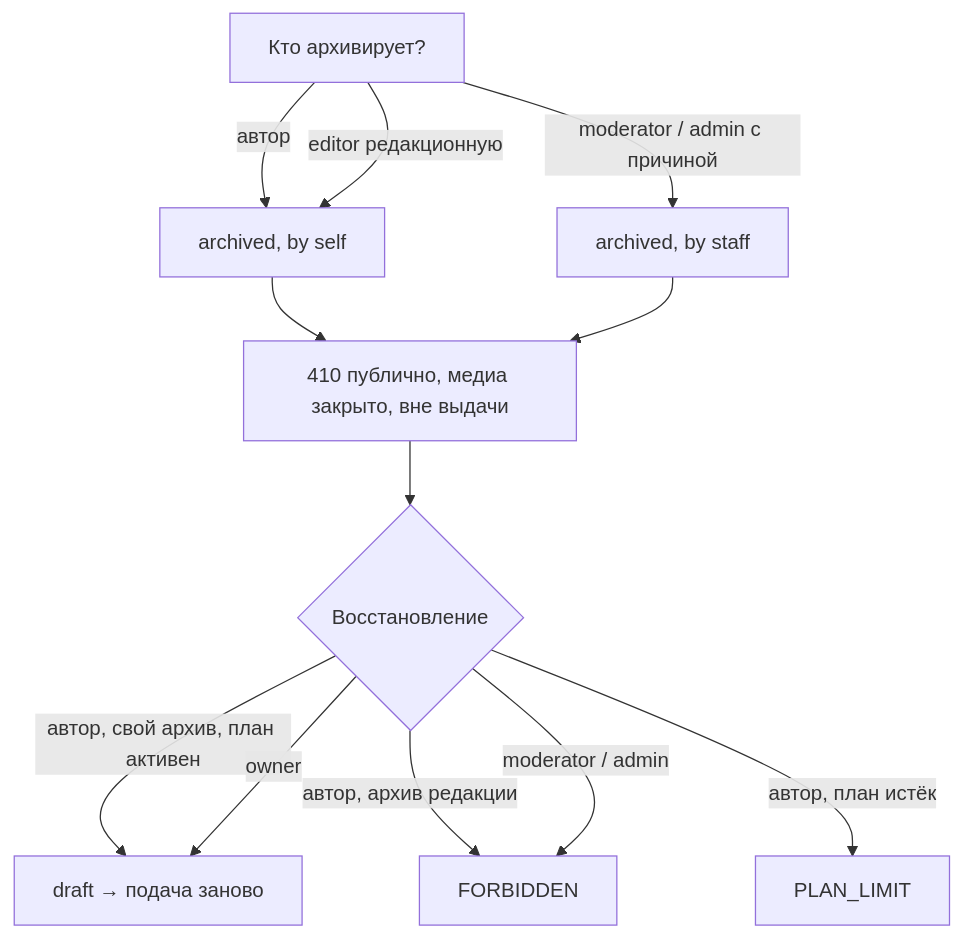
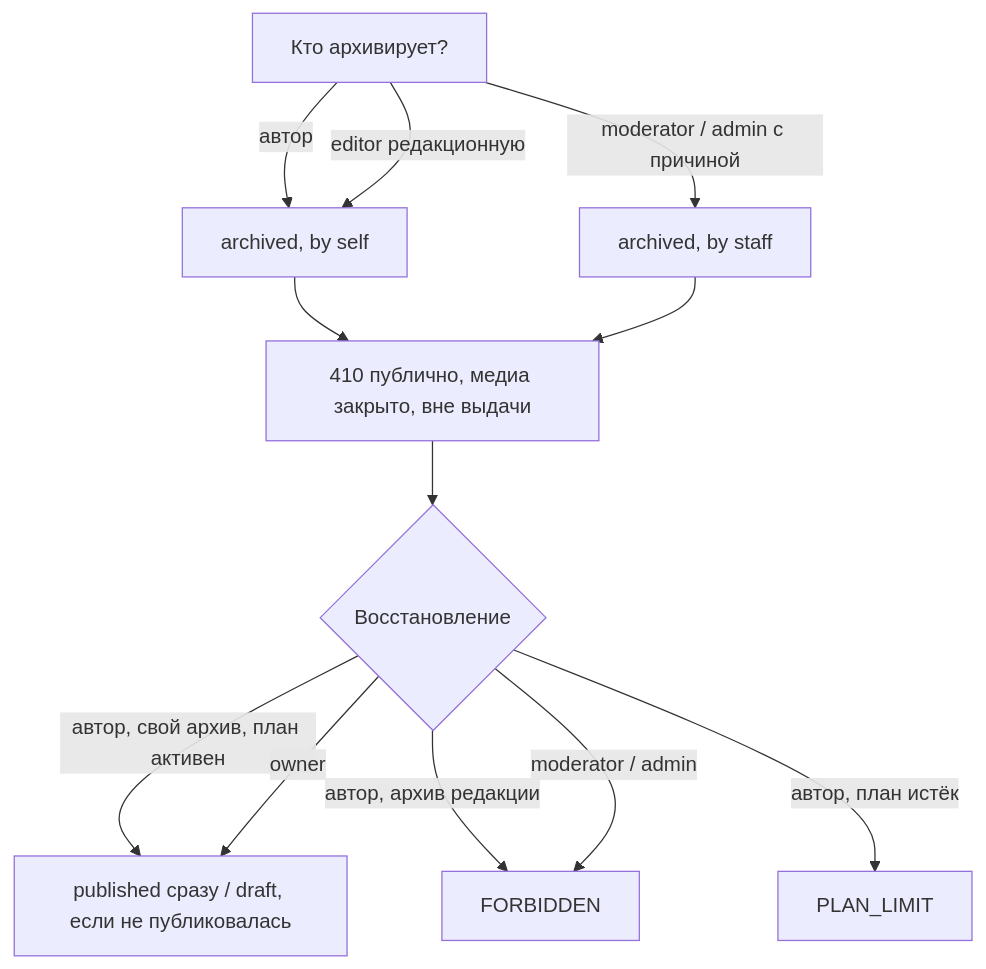
One commit to Egoka/Altera changed the diagram in docs/spec/10-flows/archive-and-restore-article.md. Above: the diagram before and after it, drawn with Mermaid. The commit also changed other lines of this file and 49 other files, not shown here.

````diff
--- a/docs/spec/10-flows/archive-and-restore-article.md
+++ b/docs/spec/10-flows/archive-and-restore-article.md
@@ -67,14 +67,14 @@
 ```mermaid
 flowchart TD
   A[Кто архивирует?] -- автор --> B[archived, by self]
   A -- editor редакционную --> B
   A -- moderator / admin с причиной --> C[archived, by staff]
   B --> D[410 публично, медиа закрыто, вне выдачи]
   C --> D
   D --> E{Восстановление}
-  E -- автор, свой архив, план активен --> F[draft → подача заново]
+  E -- автор, свой архив, план активен --> F[published сразу / draft, если не публиковалась]
   E -- автор, архив редакции --> G[FORBIDDEN]
   E -- автор, план истёк --> H[PLAN_LIMIT]
   E -- moderator / admin --> G
   E -- owner --> F
 ```
````
